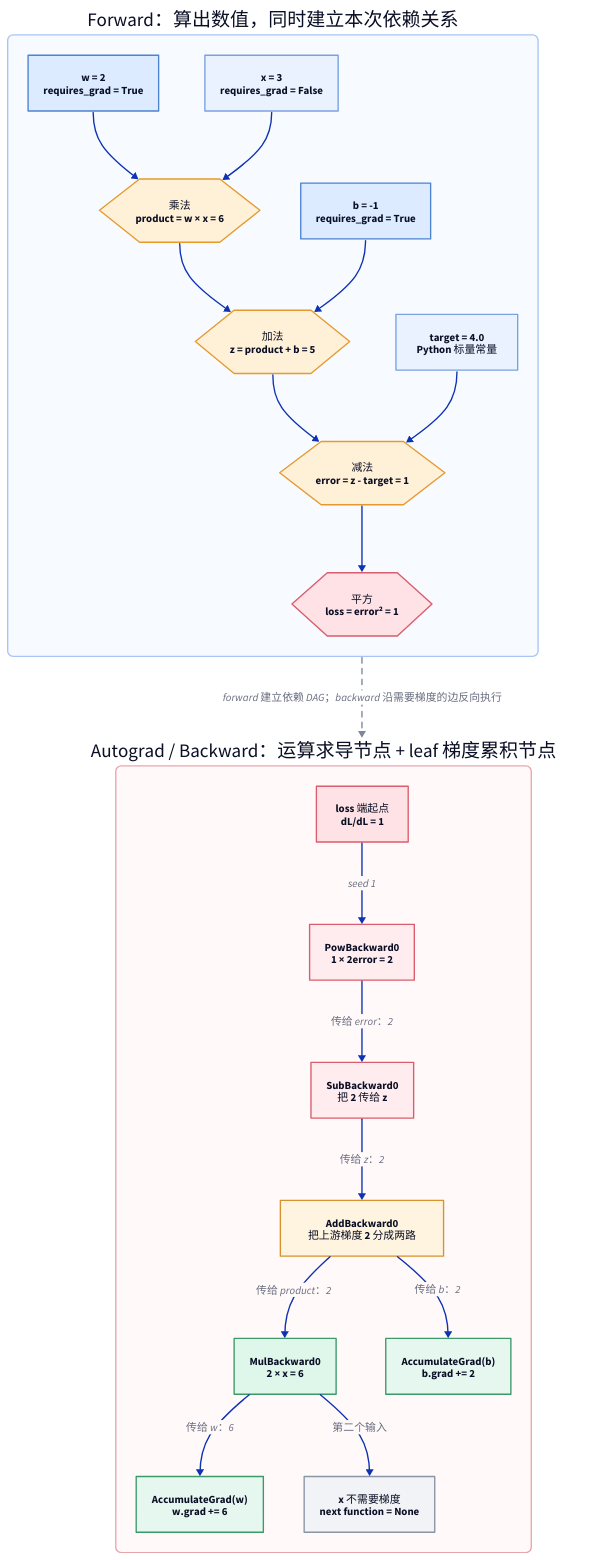
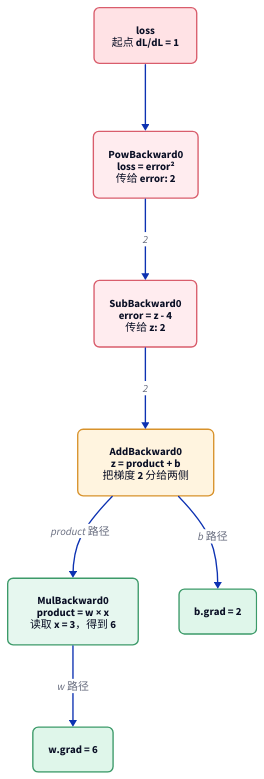
Before and after one commit to FxorG00/system-learning-notes: the diagram in ai_theory/T11/images/computation_graph.d2, drawn with D2. The commit also changed 6 other files, not shown here.

```diff
--- a/ai_theory/T11/images/computation_graph.d2
+++ b/ai_theory/T11/images/computation_graph.d2
@@ -1,108 +1,50 @@
 direction: down
 
-forward: {
-  label: "Forward：算出数值，同时建立本次依赖关系"
-  direction: right
-  style.fill: "#F7FAFF"
-  style.stroke: "#A8C5F5"
+loss: "loss\n起点 dL/dL = 1" {
+  style.fill: "#FFE2E5"
+  style.stroke: "#D95D6C"
   style.border-radius: 8
-
-  w: "w = 2\nrequires_grad = True" {
-    style.fill: "#DCEBFF"
-    style.stroke: "#4D83D1"
-  }
-  x: "x = 3\nrequires_grad = False" {
-    style.fill: "#EAF2FF"
-    style.stroke: "#7AA2DE"
-  }
-  mul: "乘法\nproduct = w × x = 6" {
-    shape: hexagon
-    style.fill: "#FFF0D8"
-    style.stroke: "#E59A2E"
-  }
-  b: "b = -1\nrequires_grad = True" {
-    style.fill: "#DCEBFF"
-    style.stroke: "#4D83D1"
-  }
-  add: "加法\nz = product + b = 5" {
-    shape: hexagon
-    style.fill: "#FFF0D8"
-    style.stroke: "#E59A2E"
-  }
-  target: "target = 4.0\nPython 标量常量" {
-    style.fill: "#EAF2FF"
-    style.stroke: "#7AA2DE"
-  }
-  sub: "减法\nerror = z - target = 1" {
-    shape: hexagon
-    style.fill: "#FFF0D8"
-    style.stroke: "#E59A2E"
-  }
-  square: "平方\nloss = error² = 1" {
-    shape: hexagon
-    style.fill: "#FFE2E5"
-    style.stroke: "#D95D6C"
-  }
-
-  w -> mul
-  x -> mul
-  mul -> add
-  b -> add
-  add -> sub
-  target -> sub
-  sub -> square
 }
 
-backward: {
-  label: "Autograd / Backward：运算求导节点 + leaf 梯度累积节点"
-  direction: down
-  style.fill: "#FFF9FA"
-  style.stroke: "#E7A6AE"
+pow: "PowBackward0\nloss = error²\n传给 error: 2" {
+  style.fill: "#FFECEF"
+  style.stroke: "#D95D6C"
   style.border-radius: 8
-
-  loss_seed: "loss 端起点\ndL/dL = 1" {
-    style.fill: "#FFE2E5"
-    style.stroke: "#D95D6C"
-  }
-  pow: "PowBackward0\n1 × 2error = 2" {
-    style.fill: "#FFECEF"
-    style.stroke: "#D95D6C"
-  }
-  sub: "SubBackward0\n把 2 传给 z" {
-    style.fill: "#FFECEF"
-    style.stroke: "#D95D6C"
-  }
-  add: "AddBackward0\n把上游梯度 2 分成两路" {
-    style.fill: "#FFF4DF"
-    style.stroke: "#D8922B"
-  }
-  mul: "MulBackward0\n2 × x = 6" {
-    style.fill: "#DFF6EA"
-    style.stroke: "#3C9A69"
-  }
-  b_acc: "AccumulateGrad(b)\nb.grad += 2" {
-    style.fill: "#E6F7EF"
-    style.stroke: "#3C9A69"
-  }
-  w_acc: "AccumulateGrad(w)\nw.grad += 6" {
-    style.fill: "#E6F7EF"
-    style.stroke: "#3C9A69"
-  }
-  x_none: "x 不需要梯度\nnext function = None" {
-    style.fill: "#F1F3F6"
-    style.stroke: "#8A94A5"
-  }
-
-  loss_seed -> pow: "seed 1"
-  pow -> sub: "传给 error：2"
-  sub -> add: "传给 z：2"
-  add -> mul: "传给 product：2"
-  add -> b_acc: "传给 b：2"
-  mul -> w_acc: "传给 w：6"
-  mul -> x_none: "第二个输入"
 }
 
-forward -> backward: "forward 建立依赖 DAG；backward 沿需要梯度的边反向执行" {
-  style.stroke: "#7C879B"
-  style.stroke-dash: 4
+sub: "SubBackward0\nerror = z - 4\n传给 z: 2" {
+  style.fill: "#FFECEF"
+  style.stroke: "#D95D6C"
+  style.border-radius: 8
 }
+
+add: "AddBackward0\nz = product + b\n把梯度 2 分给两侧" {
+  style.fill: "#FFF4DF"
+  style.stroke: "#D8922B"
+  style.border-radius: 8
+}
+
+mul: "MulBackward0\nproduct = w × x\n读取 x = 3，得到 6" {
+  style.fill: "#E6F7EF"
+  style.stroke: "#3C9A69"
+  style.border-radius: 8
+}
+
+b_grad: "b.grad = 2" {
+  style.fill: "#DFF6EA"
+  style.stroke: "#3C9A69"
+  style.border-radius: 8
+}
+
+w_grad: "w.grad = 6" {
+  style.fill: "#DFF6EA"
+  style.stroke: "#3C9A69"
+  style.border-radius: 8
+}
+
+loss -> pow
+pow -> sub: "2"
+sub -> add: "2"
+add -> mul: "product 路径"
+add -> b_grad: "b 路径"
+mul -> w_grad: "w 路径"
```
